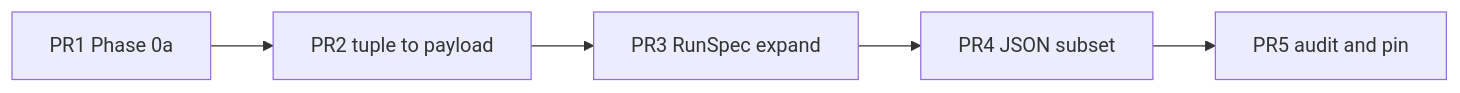
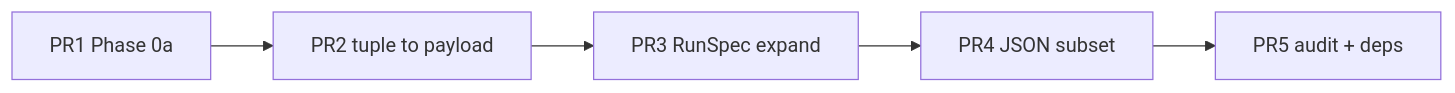
Before and after one commit to maraxen/PrxteinMPNN: the diagram in .agents/SPRINT_refactor-phase3b-20260506.md, drawn with Mermaid. The commit also changed other lines of this file and 4 other files, not shown here.

````diff
--- a/.agents/SPRINT_refactor-phase3b-20260506.md
+++ b/.agents/SPRINT_refactor-phase3b-20260506.md
@@ -106,12 +106,12 @@
 ```mermaid
 flowchart LR
   PR1[PR1 Phase 0a]
   PR2[PR2 tuple to payload]
   PR3[PR3 RunSpec expand]
   PR4[PR4 JSON subset]
-  PR5[PR5 audit and pin]
+  PR5[PR5 audit + deps]
   PR1 --> PR2
   PR2 --> PR3
   PR3 --> PR4
   PR4 --> PR5
 ```
````
